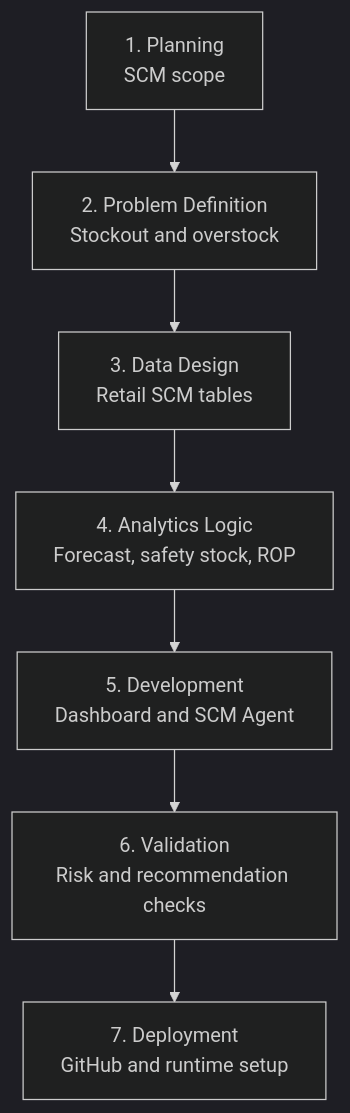
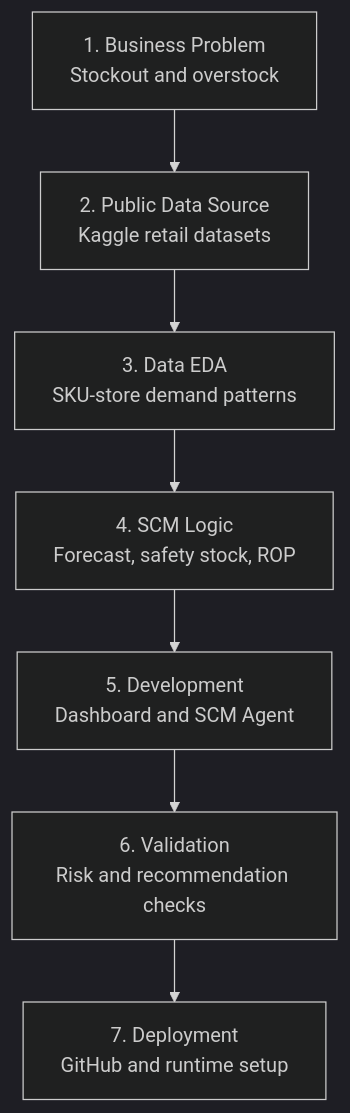
The diagram in README.md (Lee2379/scm-ai-analytics), drawn with Mermaid (dark theme) before and after one commit.

Commit message:
Refine delivery flow starting point

````diff
--- a/README.md
+++ b/README.md
@@ -74,12 +74,12 @@
 ```mermaid
 flowchart TB
-    A["1. Planning<br/>SCM scope"]
-    B["2. Problem Definition<br/>Stockout and overstock"]
-    C["3. Data Design<br/>Retail SCM tables"]
-    D["4. Analytics Logic<br/>Forecast, safety stock, ROP"]
+    A["1. Business Problem<br/>Stockout and overstock"]
+    B["2. Public Data Source<br/>Kaggle retail datasets"]
+    C["3. Data EDA<br/>SKU-store demand patterns"]
+    D["4. SCM Logic<br/>Forecast, safety stock, ROP"]
     E["5. Development<br/>Dashboard and SCM Agent"]
     F["6. Validation<br/>Risk and recommendation checks"]
     G["7. Deployment<br/>GitHub and runtime setup"]
 
     A --> B --> C --> D --> E --> F --> G
 ```
````
